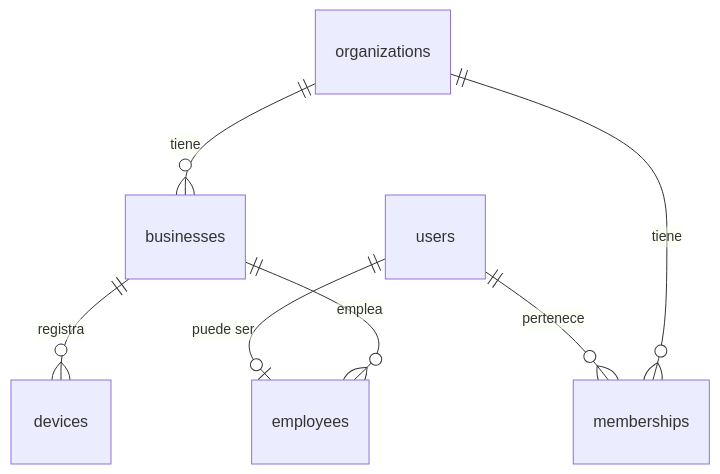
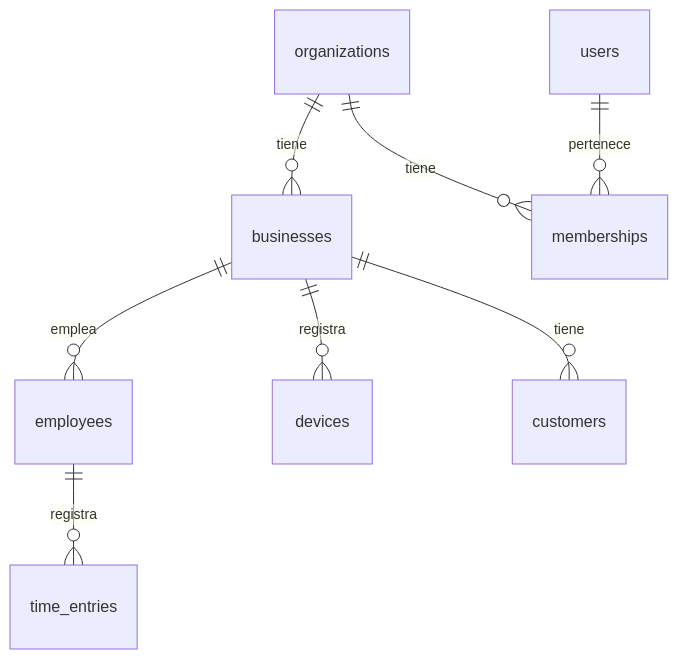
One commit to mkcodev/TPV-Advanced changed the first of 6 diagrams in docs/DATABASE-SCHEMA.md. Above: the diagram before and after it, drawn with Mermaid. The commit also changed other lines of this file, not shown here.

Commit message:
docs: harden data model (legal chain, cash, customers, allergens)

````diff
--- a/docs/DATABASE-SCHEMA.md
+++ b/docs/DATABASE-SCHEMA.md
@@ -37,9 +37,10 @@
 ```mermaid
 erDiagram
     organizations ||--o{ businesses : tiene
     organizations ||--o{ memberships : tiene
     users ||--o{ memberships : pertenece
     businesses ||--o{ employees : emplea
     businesses ||--o{ devices : registra
-    users ||--o| employees : "puede ser"
+    businesses ||--o{ customers : tiene
+    employees ||--o{ time_entries : registra
 ```
````
